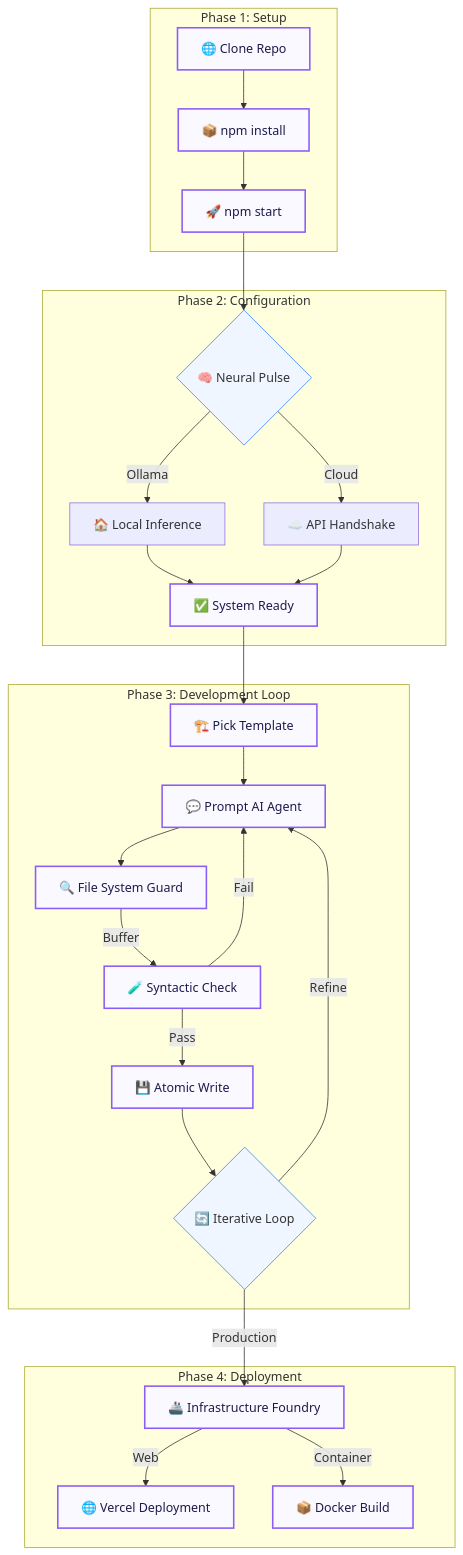
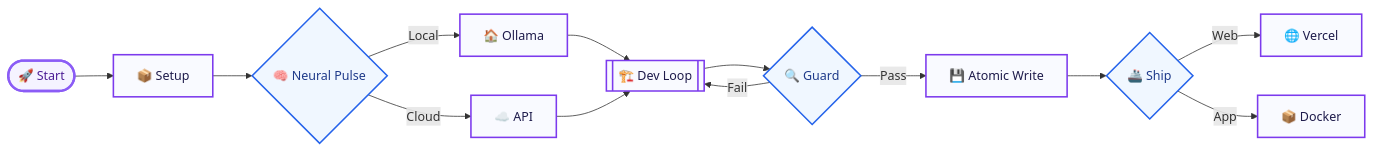
One commit to Subhan-Haider/Codiner-Software changed the diagram in README.md. Above: the diagram before and after it, drawn with Mermaid. The commit also changed other lines of this file, not shown here.

Commit message:
docs: restyle Visual Flow to be horizontal and cleaner

````diff
--- a/README.md
+++ b/README.md
@@ -180,36 +180,25 @@
 ```mermaid
-graph TD
-    subgraph "Phase 1: Setup"
-        A[🌐 Clone Repo] --> B[📦 npm install]
-        B --> C[🚀 npm start]
-    end
+graph LR
+    Start([🚀 Start]) --> Setup[📦 Setup]
+    Setup --> Config{🧠 Neural Pulse}
+    
+    Config -- "Local" --> Ollama[🏠 Ollama]
+    Config -- "Cloud" --> Cloud[☁️ API]
+    
+    Ollama & Cloud --> Dev[[🏗️ Dev Loop]]
+    
+    Dev --> Guard{🔍 Guard}
+    Guard -- "Pass" --> Build[💾 Atomic Write]
+    Guard -- "Fail" --> Dev
+    
+    Build --> Final{🚢 Ship}
+    Final -- "Web" --> Vercel[🌐 Vercel]
+    Final -- "App" --> Docker[📦 Docker]
 
-    subgraph "Phase 2: Configuration"
-        C --> D{🧠 Neural Pulse}
-        D -- "Ollama" --> D1[🏠 Local Inference]
-        D -- "Cloud" --> D2[☁️ API Handshake]
-        D1 & D2 --> E[✅ System Ready]
-    end
-
-    subgraph "Phase 3: Development Loop"
-        E --> F[🏗️ Pick Template]
-        F --> G[💬 Prompt AI Agent]
-        G --> H[🔍 File System Guard]
-        H -- "Buffer" --> I[🧪 Syntactic Check]
-        I -- "Pass" --> J[💾 Atomic Write]
-        I -- "Fail" --> G
-        J --> K{🔄 Iterative Loop}
-        K -- "Refine" --> G
-    end
-
-    subgraph "Phase 4: Deployment"
-        K -- "Production" --> L[🚢 Infrastructure Foundry]
-        L -- "Web" --> M[🌐 Vercel Deployment]
-        L -- "Container" --> N[📦 Docker Build]
-    end
-
-    style D fill:#eff6ff,stroke:#3b82f6
-    style K fill:#eff6ff,stroke:#3b82f6
-    classDef step fill:#f9f9ff,stroke:#8b5cf6,stroke-width:2px,color:#1e1b4b;
-    class A,B,C,E,F,G,H,I,J,L,M,N step;
+    classDef default fill:#f9faff,stroke:#7c3aed,stroke-width:2px,color:#1e1b4b;
+    classDef highlight fill:#f0f7ff,stroke:#2563eb,stroke-width:2px,color:#1e3a8a;
+    classDef start fill:#f5f3ff,stroke:#8b5cf6,stroke-width:3px,color:#4c1d95;
+    
+    class Config,Guard,Final highlight;
+    class Start start;
 ```
````
